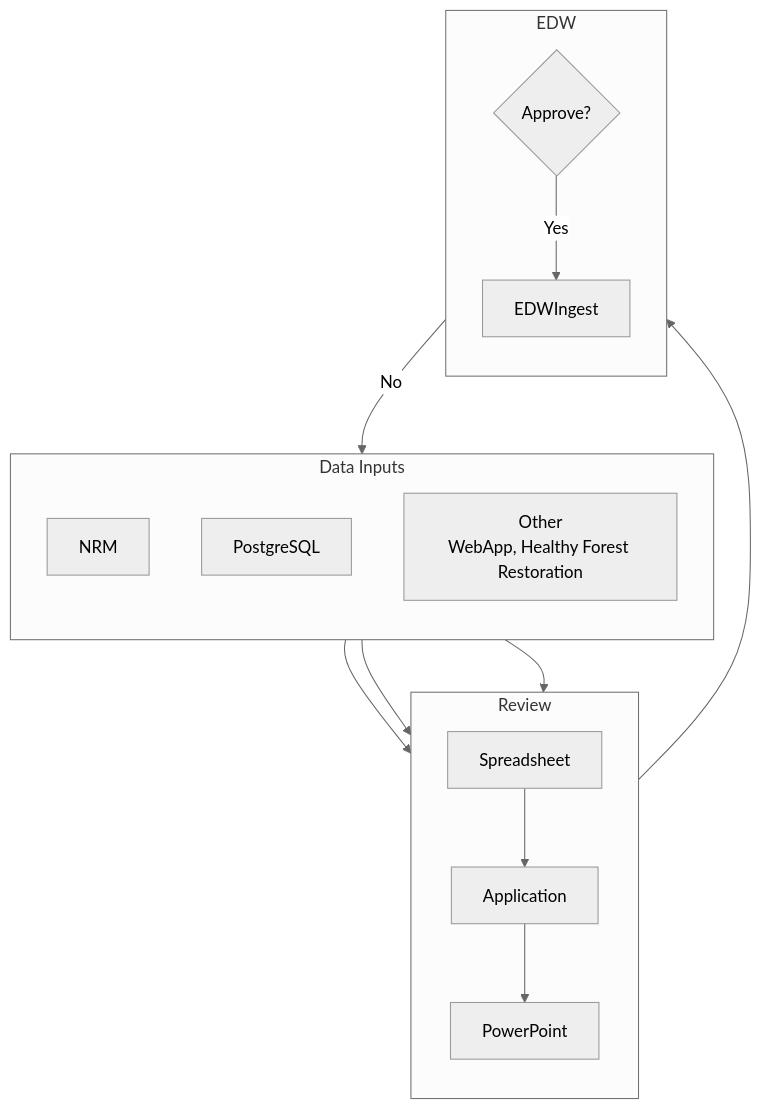
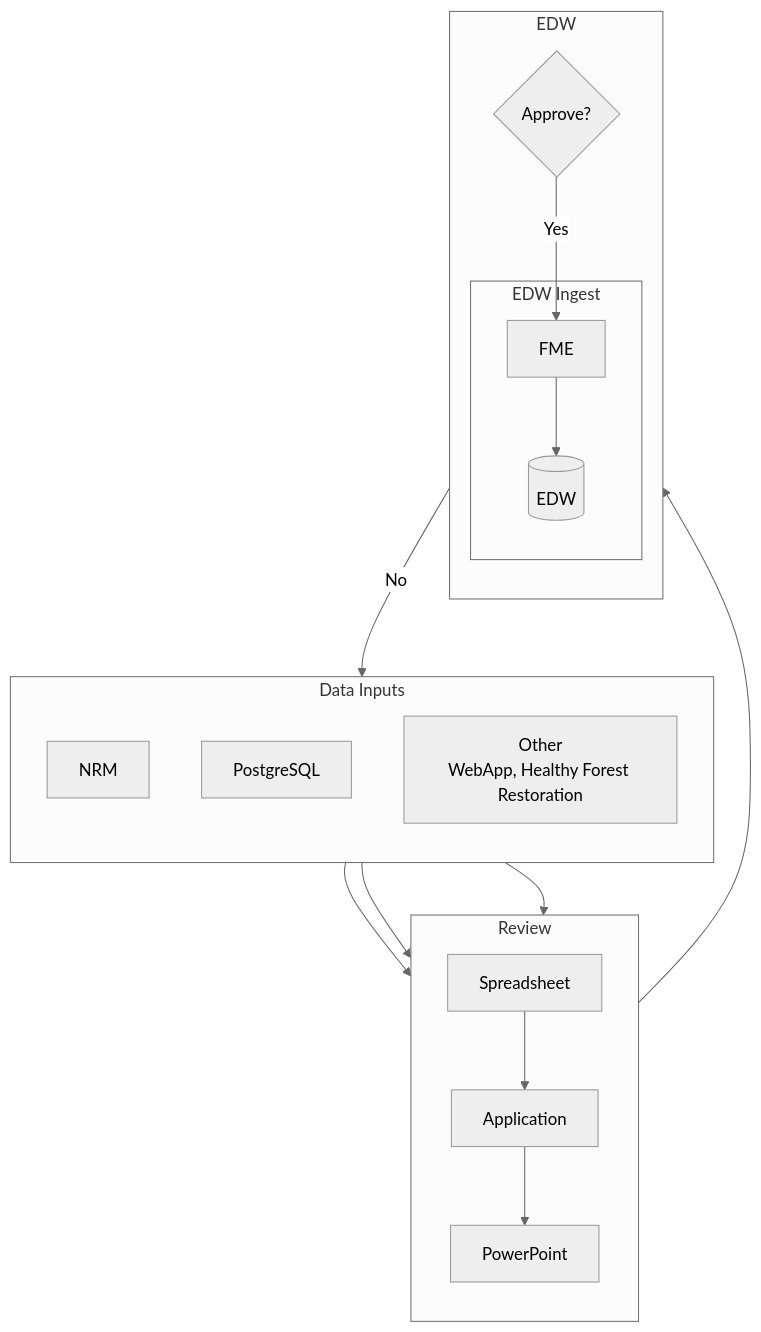
The diagram in docs/metadata-architecture.md (forestbytes/catalog), drawn with Mermaid (neutral theme) before and after one commit.

Commit message:
I like this better

````diff
--- a/docs/metadata-architecture.md
+++ b/docs/metadata-architecture.md
@@ -1,29 +1,34 @@
 ```mermaid
 
 flowchart TB
   subgraph Inputs[Data Inputs]
       direction TB
       NRM
       PostgreSQL
       Other[Other<br>WebApp, Healthy Forest Restoration]     
   end
 
   subgraph Review
     direction TB
     Spreadsheet --> Application --> PowerPoint
   end
 
   NRM --> Spreadsheet
   PostgreSQL --> Spreadsheet
   Other --> Spreadsheet
 
   subgraph EDW
     direction TB
     Approve{Approve?}
-    EDWIngest
+    subgraph EDWIngest[EDW Ingest]
+      FME
+      edw[(EDW)]
+    end
+
+    FME --> edw
   end
 
   PowerPoint --> Approve
-  Approve --> |Yes| EDWIngest
+  Approve --> |Yes| FME
   Approve --> |No| Inputs
 ```
````
